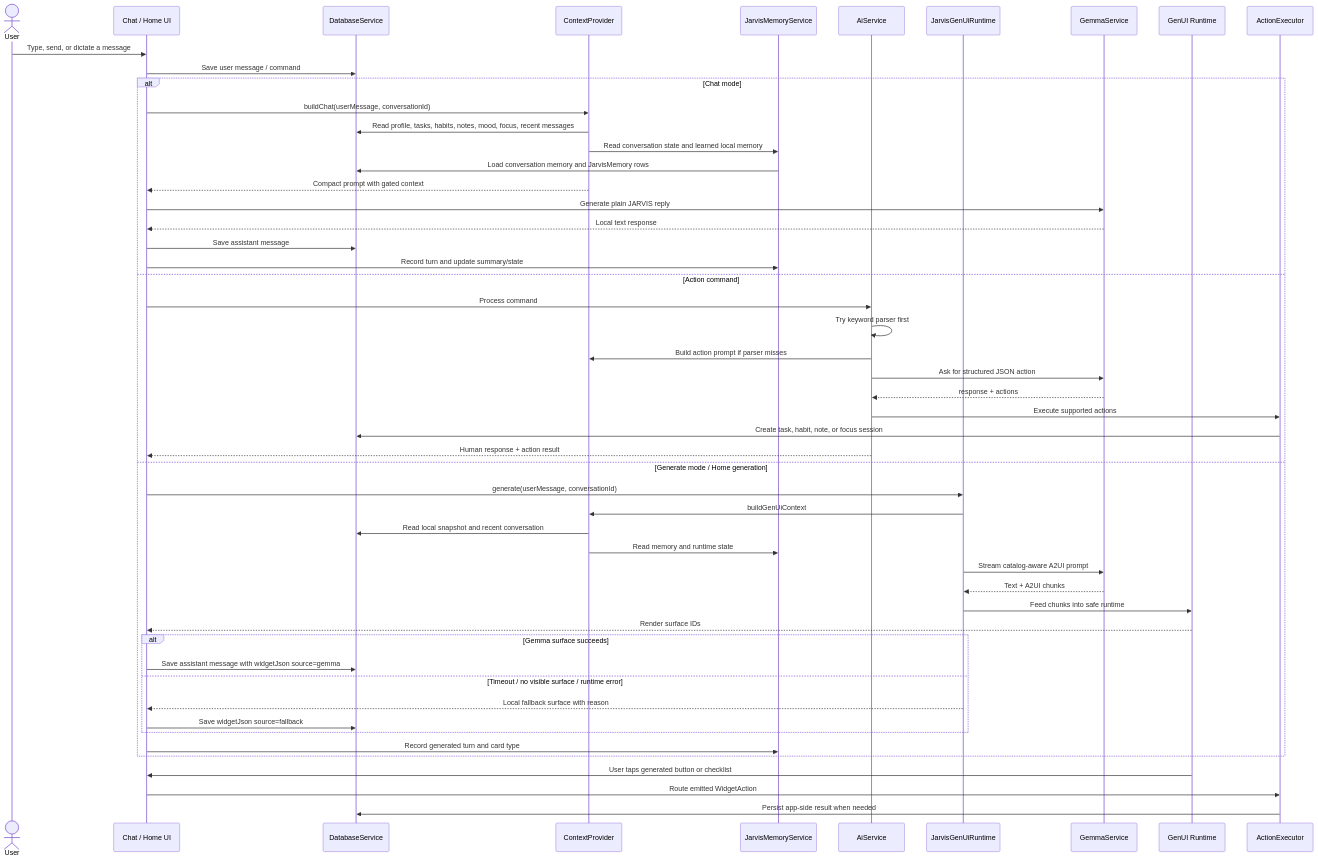
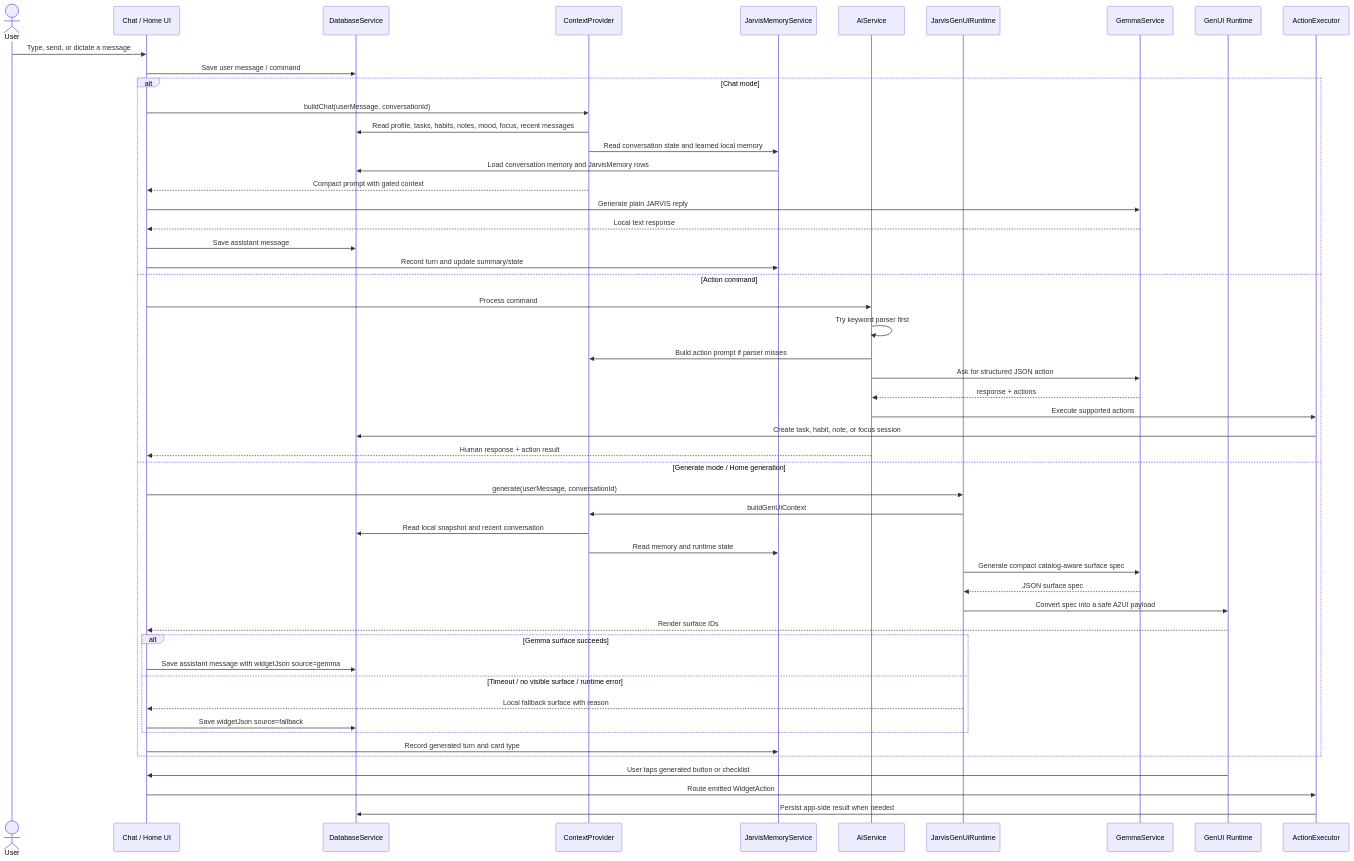
One commit to UzairZQ/ContextShift changed the second of 3 diagrams in docs/architecture.md. Above: the diagram before and after it, drawn with Mermaid. The commit also changed other lines of this file and 91 other files, not shown here.

````diff
--- a/docs/architecture.md
+++ b/docs/architecture.md
@@ -108,57 +108,57 @@
 ```mermaid
 sequenceDiagram
   actor U as User
   participant Chat as Chat / Home UI
   participant DB as DatabaseService
   participant Ctx as ContextProvider
   participant Mem as JarvisMemoryService
   participant AI as AiService
   participant Gen as JarvisGenUiRuntime
   participant Gem as GemmaService
   participant A2UI as GenUI Runtime
   participant Act as ActionExecutor
 
   U->>Chat: Type, send, or dictate a message
   Chat->>DB: Save user message / command
 
   alt Chat mode
     Chat->>Ctx: buildChat(userMessage, conversationId)
     Ctx->>DB: Read profile, tasks, habits, notes, mood, focus, recent messages
     Ctx->>Mem: Read conversation state and learned local memory
     Mem->>DB: Load conversation memory and JarvisMemory rows
     Ctx-->>Chat: Compact prompt with gated context
     Chat->>Gem: Generate plain JARVIS reply
     Gem-->>Chat: Local text response
     Chat->>DB: Save assistant message
     Chat->>Mem: Record turn and update summary/state
   else Action command
     Chat->>AI: Process command
     AI->>AI: Try keyword parser first
     AI->>Ctx: Build action prompt if parser misses
     AI->>Gem: Ask for structured JSON action
     Gem-->>AI: response + actions
     AI->>Act: Execute supported actions
     Act->>DB: Create task, habit, note, or focus session
     AI-->>Chat: Human response + action result
   else Generate mode / Home generation
     Chat->>Gen: generate(userMessage, conversationId)
     Gen->>Ctx: buildGenUiContext
     Ctx->>DB: Read local snapshot and recent conversation
     Ctx->>Mem: Read memory and runtime state
-    Gen->>Gem: Stream catalog-aware A2UI prompt
-    Gem-->>Gen: Text + A2UI chunks
-    Gen->>A2UI: Feed chunks into safe runtime
+    Gen->>Gem: Generate compact catalog-aware surface spec
+    Gem-->>Gen: JSON surface spec
+    Gen->>A2UI: Convert spec into a safe A2UI payload
     A2UI-->>Chat: Render surface IDs
     alt Gemma surface succeeds
       Chat->>DB: Save assistant message with widgetJson source=gemma
     else Timeout / no visible surface / runtime error
       Gen-->>Chat: Local fallback surface with reason
       Chat->>DB: Save widgetJson source=fallback
     end
     Chat->>Mem: Record generated turn and card type
   end
 
   A2UI->>Chat: User taps generated button or checklist
   Chat->>Act: Route emitted WidgetAction
   Act->>DB: Persist app-side result when needed
 ```
````
